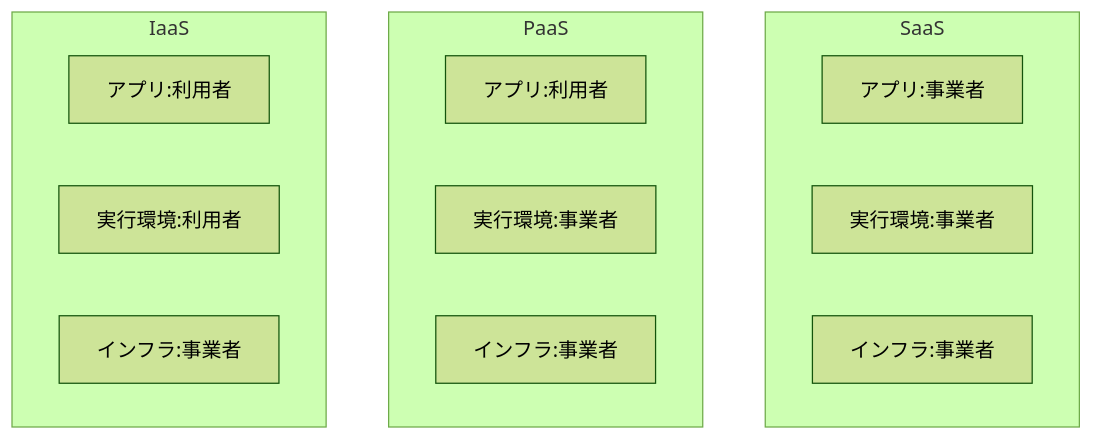
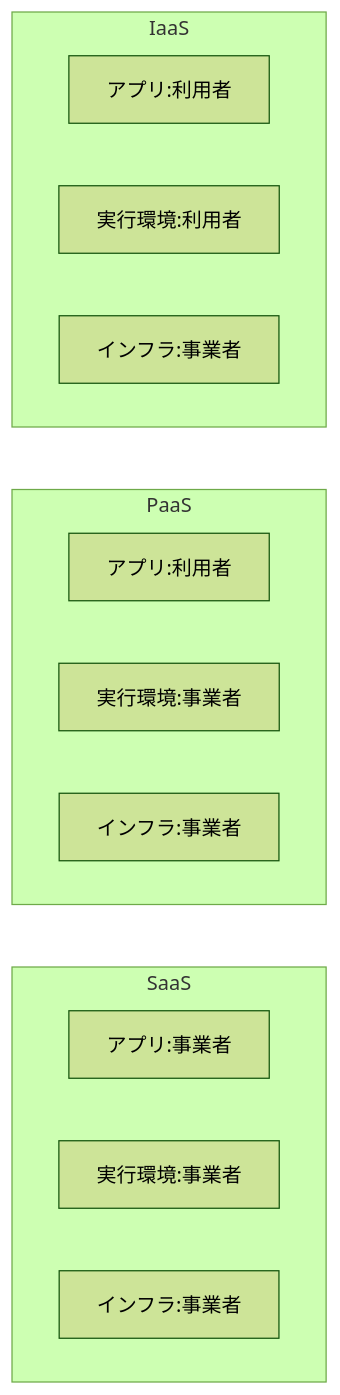
Before and after one commit to RikiFukushima/textbook-gen: the diagram in textbooks/aws-infra/curriculums/aws-basics/chapters/01/sections/03-iaas-paas-saas.md, drawn with Mermaid (forest theme). The commit also changed other lines of this file and 299 other files, not shown here.

````diff
--- a/textbooks/aws-infra/curriculums/aws-basics/chapters/01/sections/03-iaas-paas-saas.md
+++ b/textbooks/aws-infra/curriculums/aws-basics/chapters/01/sections/03-iaas-paas-saas.md
@@ -49,18 +49,19 @@
 ```mermaid
 graph TB
-    subgraph SaaS
-        S_app[アプリ:事業者]
-        S_mw[実行環境:事業者]
-        S_infra[インフラ:事業者]
+    subgraph IaaS
+        I_app[アプリ:利用者]
+        I_mw[実行環境:利用者]
+        I_infra[インフラ:事業者]
     end
     subgraph PaaS
         P_app[アプリ:利用者]
         P_mw[実行環境:事業者]
         P_infra[インフラ:事業者]
     end
-    subgraph IaaS
-        I_app[アプリ:利用者]
-        I_mw[実行環境:利用者]
-        I_infra[インフラ:事業者]
+    subgraph SaaS
+        S_app[アプリ:事業者]
+        S_mw[実行環境:事業者]
+        S_infra[インフラ:事業者]
     end
+    IaaS ~~~ PaaS ~~~ SaaS
 ```
````
